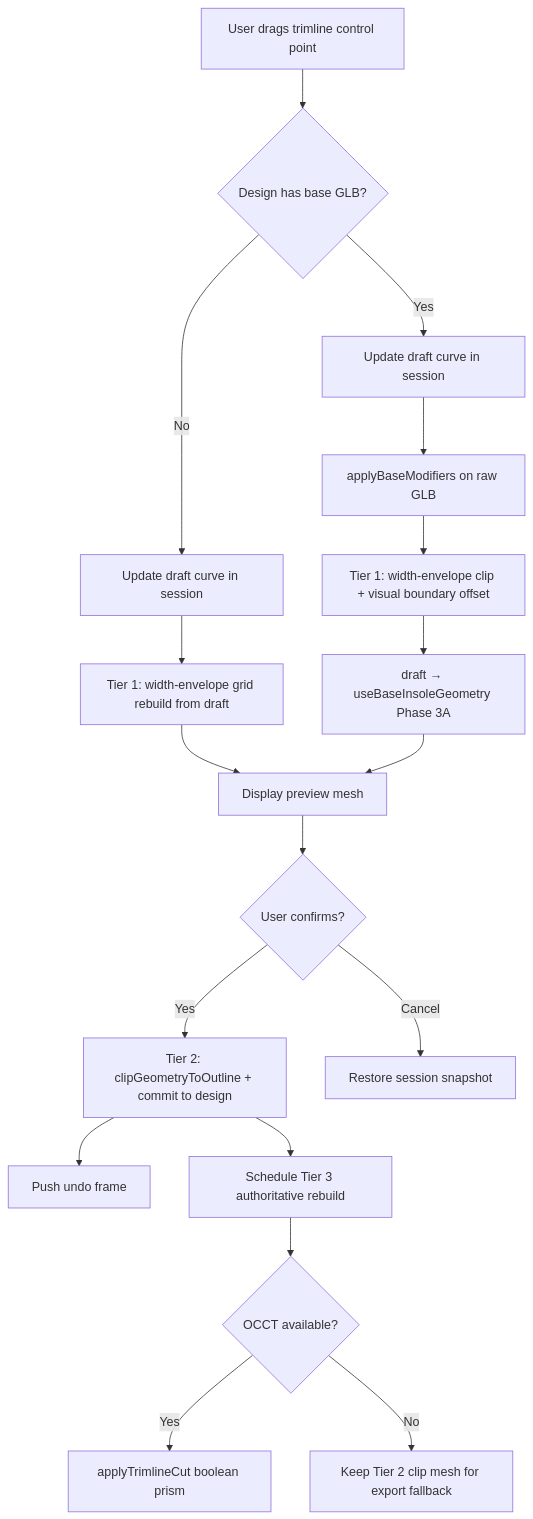
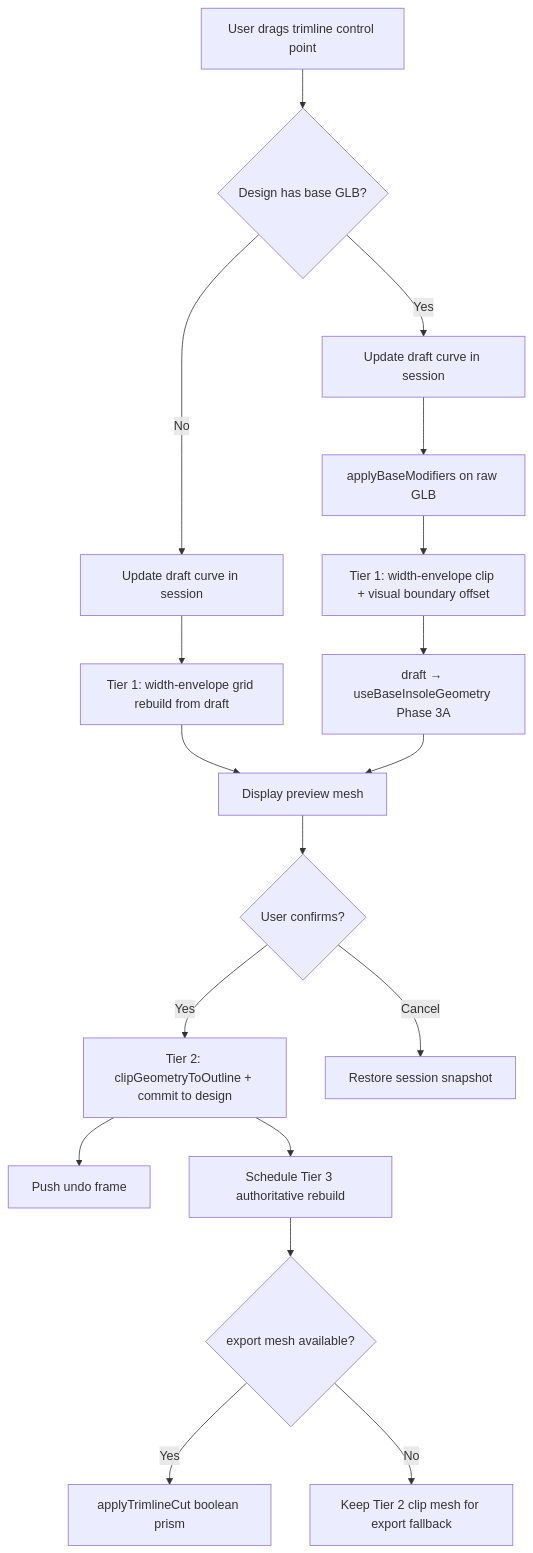
One commit to kdho77/OrthoCAD- changed the diagram in vertex/docs/orthotic-insole-cad-architecture.md. Above: the diagram before and after it, drawn with Mermaid. The commit also changed other lines of this file and 34 other files, not shown here.

````diff
--- a/vertex/docs/orthotic-insole-cad-architecture.md
+++ b/vertex/docs/orthotic-insole-cad-architecture.md
@@ -384,20 +384,20 @@
 ```mermaid
 flowchart TD
     A[User drags trimline control point] --> B{Design has base GLB?}
     B -->|No| C[Update draft curve in session]
     C --> D[Tier 1: width-envelope grid rebuild from draft]
     B -->|Yes| E[Update draft curve in session]
     E --> F[applyBaseModifiers on raw GLB]
     F --> G[Tier 1: width-envelope clip + visual boundary offset]
     G --> G2[draft → useBaseInsoleGeometry Phase 3A]
     D --> H[Display preview mesh]
     G2 --> H
     H --> I{User confirms?}
     I -->|Yes| J[Tier 2: clipGeometryToOutline + commit to design]
     I -->|Cancel| K[Restore session snapshot]
     J --> L[Push undo frame]
     J --> M[Schedule Tier 3 authoritative rebuild]
-    M --> N{OCCT available?}
+    M --> N{export mesh available?}
     N -->|Yes| O[applyTrimlineCut boolean prism]
     N -->|No| P[Keep Tier 2 clip mesh for export fallback]
 ```
````
